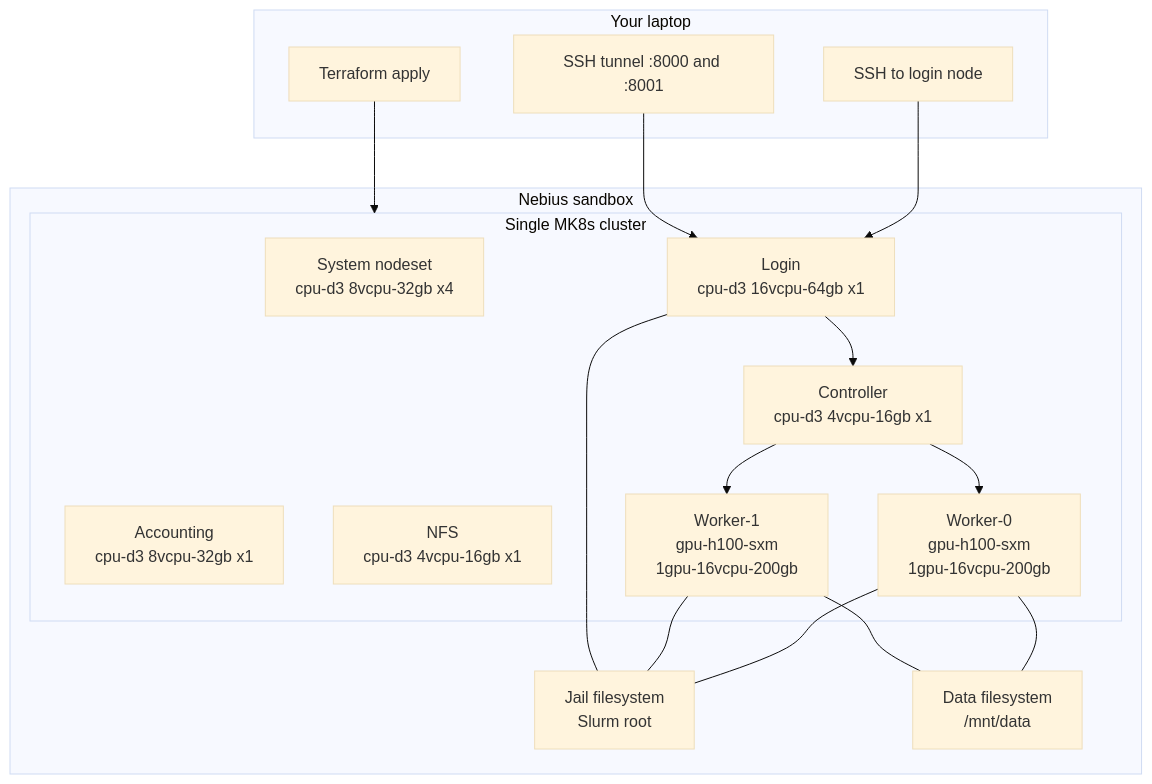
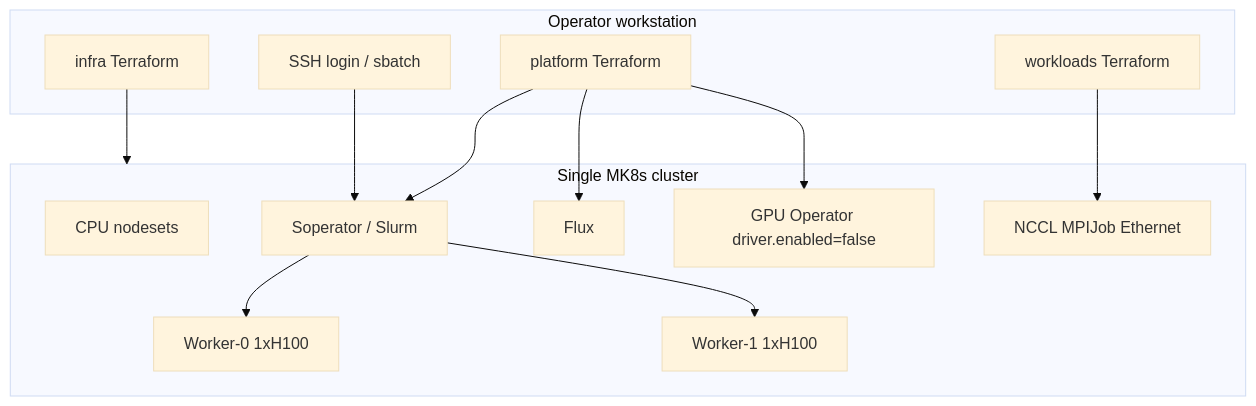
The first of 2 diagrams in docs/architecture.md (fabiogomezdiaz/nebius-demo-day), drawn with Mermaid (base theme) before and after one commit. The commit also changed other lines of this file and 14 other files, not shown here.

First line of the commit message:
Document the infra and platform Terraform split.

````diff
--- a/docs/architecture.md
+++ b/docs/architecture.md
@@ -5,35 +5,28 @@
 ```mermaid
 flowchart TB
-  subgraph user [Your laptop]
-    TF[Terraform apply]
-    SSH[SSH to login node]
-    TUN[SSH tunnel :8000 and :8001]
+  subgraph workstation [Operator workstation]
+    TF[infra Terraform]
+    PL[platform Terraform]
+    WL[workloads Terraform]
+    SSH[SSH login / sbatch]
   end
 
-  subgraph nebius [Nebius sandbox]
-    subgraph mk8s [Single MK8s cluster]
-      SYS[System nodeset\ncpu-d3 8vcpu-32gb x4]
-      CTRL[Controller\ncpu-d3 4vcpu-16gb x1]
-      LOGIN[Login\ncpu-d3 16vcpu-64gb x1]
-      ACC[Accounting\ncpu-d3 8vcpu-32gb x1]
-      NFS[NFS\ncpu-d3 4vcpu-16gb x1]
-      W0[Worker-0\ngpu-h100-sxm\n1gpu-16vcpu-200gb]
-      W1[Worker-1\ngpu-h100-sxm\n1gpu-16vcpu-200gb]
-    end
-
-    JAIL[Jail filesystem\nSlurm root]
-    DATA[Data filesystem\n/mnt/data]
+  subgraph mk8s [Single MK8s cluster]
+    SYS[CPU nodesets]
+    SOP[Soperator / Slurm]
+    FLUX[Flux]
+    GOP[GPU Operator driver.enabled=false]
+    W0[Worker-0 1xH100]
+    W1[Worker-1 1xH100]
+    NCCL[NCCL MPIJob Ethernet]
   end
 
   TF --> mk8s
-  SSH --> LOGIN
-  LOGIN --> CTRL
-  CTRL --> W0
-  CTRL --> W1
-  W0 --- JAIL
-  W1 --- JAIL
-  LOGIN --- JAIL
-  W0 --- DATA
-  W1 --- DATA
-  TUN --> LOGIN
+  PL --> FLUX
+  PL --> SOP
+  PL --> GOP
+  WL --> NCCL
+  SSH --> SOP
+  SOP --> W0
+  SOP --> W1
 ```
````
